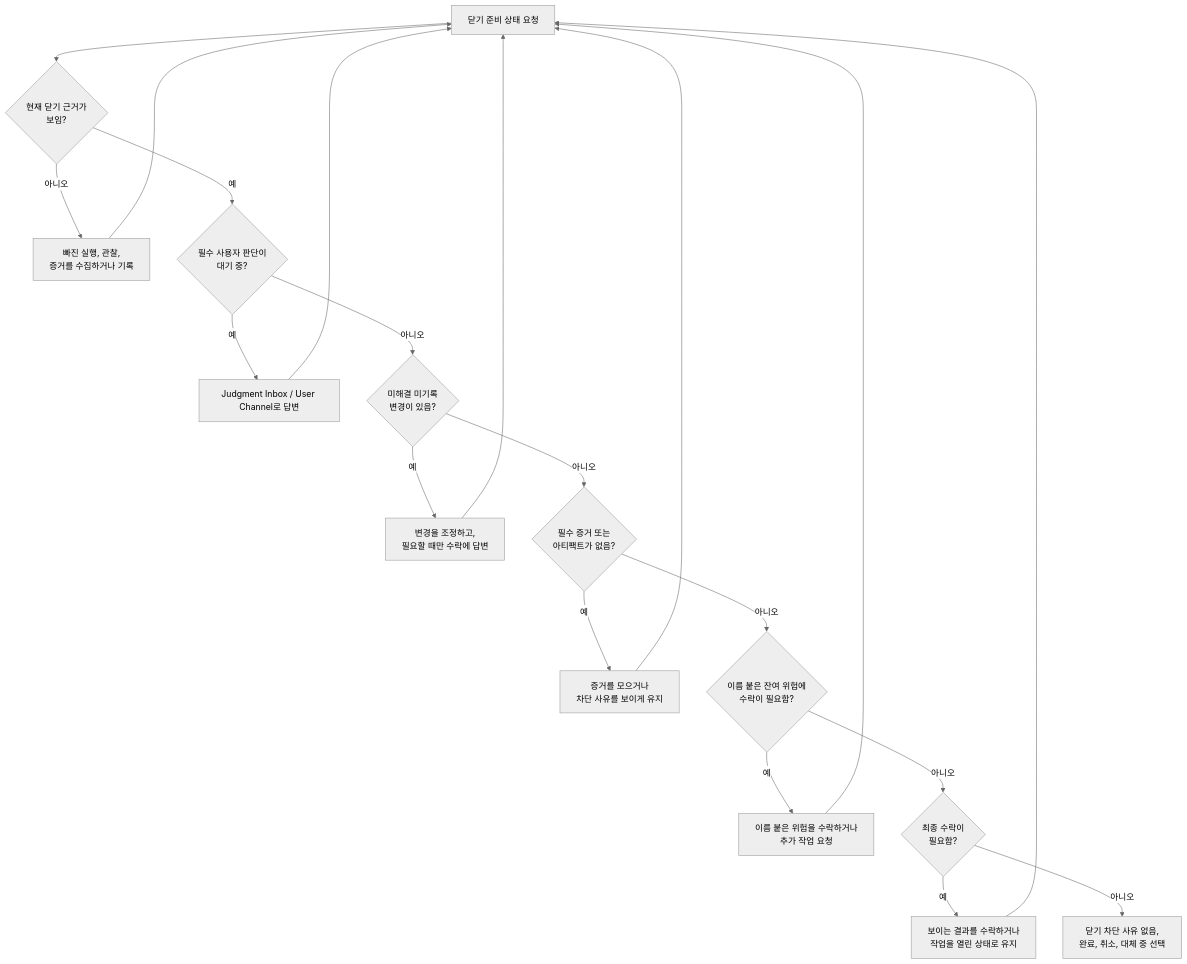
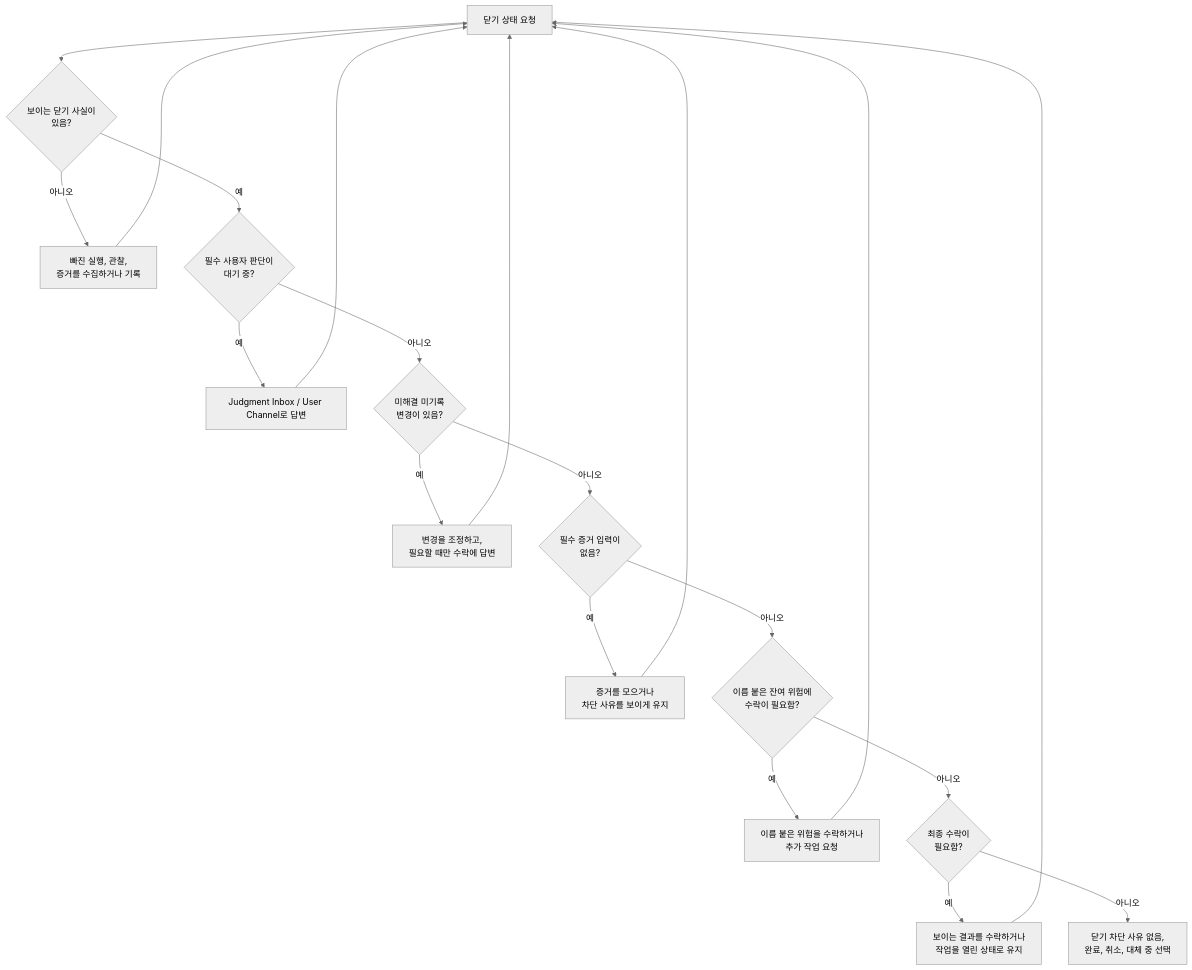
The third of 3 diagrams in docs/ko/guides/user-workflow.md (minjungw00/Volicord), drawn with Mermaid (neutral theme) before and after one commit. The commit also changed other lines of this file and 65 other files, not shown here.

````diff
--- a/docs/ko/guides/user-workflow.md
+++ b/docs/ko/guides/user-workflow.md
@@ -262,32 +263,32 @@
 ```mermaid
 flowchart TD
-  ask["닫기 준비 상태 요청"]
-  basis{"현재 닫기 근거가<br/>보임?"}
+  ask["닫기 상태 요청"]
+  basis{"보이는 닫기 사실이<br/>있음?"}
   gather["빠진 실행, 관찰,<br/>증거를 수집하거나 기록"]
   pending{"필수 사용자 판단이<br/>대기 중?"}
   inbox["Judgment Inbox / User Channel로 답변"]
   unrecorded{"미해결 미기록<br/>변경이 있음?"}
   reconcile["변경을 조정하고,<br/>필요할 때만 수락에 답변"]
-  evidence{"필수 증거 또는<br/>아티팩트가 없음?"}
+  evidence{"필수 증거 입력이<br/>없음?"}
   evidenceAction["증거를 모으거나<br/>차단 사유를 보이게 유지"]
   risk{"이름 붙은 잔여 위험에<br/>수락이 필요함?"}
   riskDecision["이름 붙은 위험을 수락하거나<br/>추가 작업 요청"]
   final{"최종 수락이<br/>필요함?"}
   accept["보이는 결과를 수락하거나<br/>작업을 열린 상태로 유지"]
   ready["닫기 차단 사유 없음,<br/>완료, 취소, 대체 중 선택"]
 
   ask --> basis
   basis -- 아니오 --> gather
   basis -- 예 --> pending
   gather --> ask
   pending -- 예 --> inbox --> ask
   pending -- 아니오 --> unrecorded
   unrecorded -- 예 --> reconcile --> ask
   unrecorded -- 아니오 --> evidence
   evidence -- 예 --> evidenceAction --> ask
   evidence -- 아니오 --> risk
   risk -- 예 --> riskDecision --> ask
   risk -- 아니오 --> final
   final -- 예 --> accept --> ask
   final -- 아니오 --> ready
 ```
````
